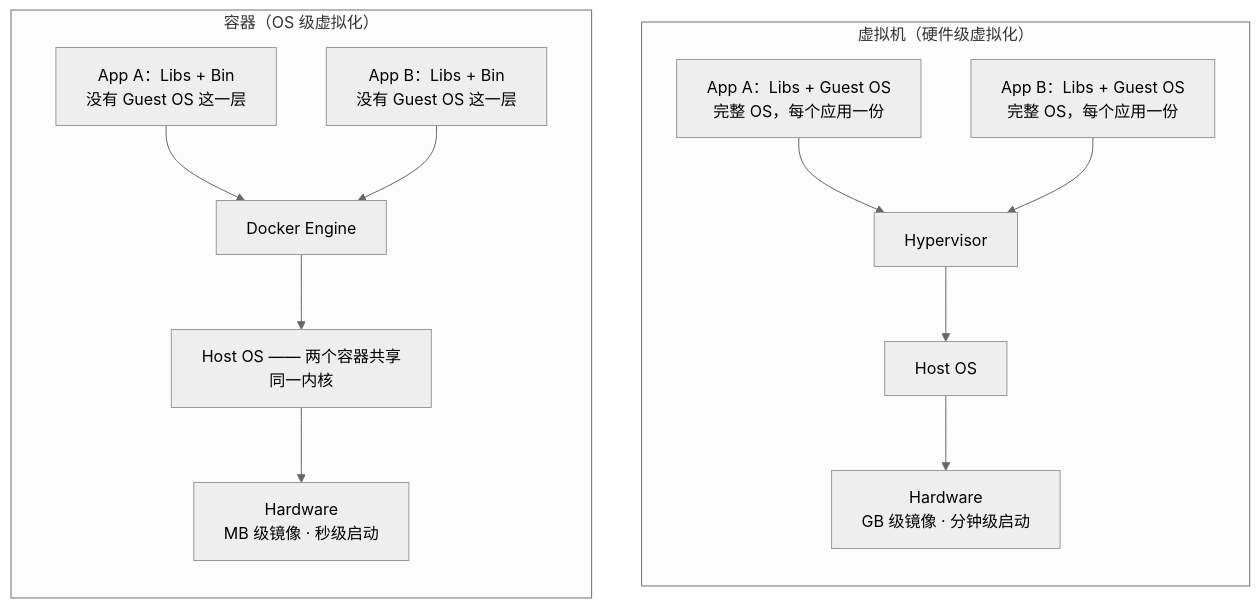
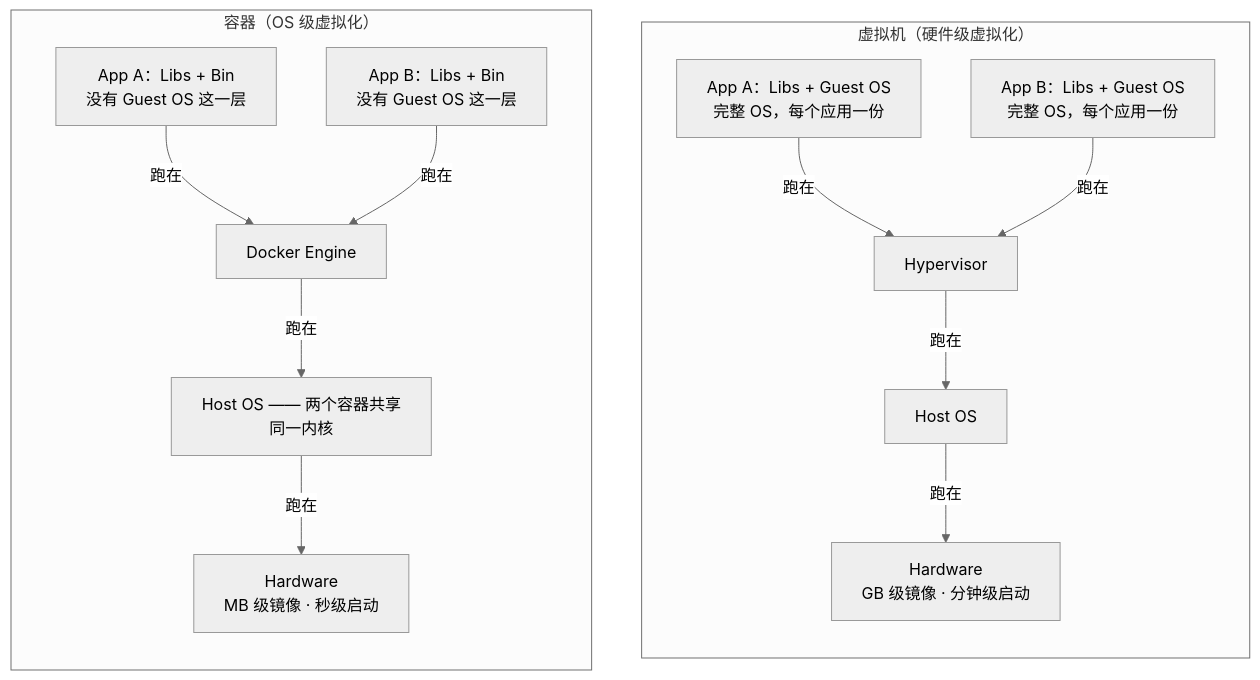
Before and after one commit to wangxiangnan/wangxiangnan.github.io: the second of 3 diagrams in src/linux-command/ch25.md, drawn with Mermaid (neutral theme). The commit also changed other lines of this file and 25 other files, not shown here.

````diff
--- a/src/linux-command/ch25.md
+++ b/src/linux-command/ch25.md
@@ -87,25 +87,25 @@
 ```mermaid
 flowchart TB
     subgraph VM["虚拟机（硬件级虚拟化）"]
         direction TB
         A1["App A：Libs + Guest OS<br>完整 OS，每个应用一份"]
         A2["App B：Libs + Guest OS<br>完整 OS，每个应用一份"]
         HV["Hypervisor"]
         HO["Host OS"]
         HW["Hardware<br>GB 级镜像 · 分钟级启动"]
-        A1 --> HV
-        A2 --> HV
-        HV --> HO --> HW
+        A1 -->|跑在| HV
+        A2 -->|跑在| HV
+        HV -->|跑在| HO -->|跑在| HW
     end
     subgraph CT["容器（OS 级虚拟化）"]
         direction TB
         B1["App A：Libs + Bin<br>没有 Guest OS 这一层"]
         B2["App B：Libs + Bin<br>没有 Guest OS 这一层"]
         DE["Docker Engine"]
         CO["Host OS —— 两个容器共享同一内核"]
         CW["Hardware<br>MB 级镜像 · 秒级启动"]
-        B1 --> DE
-        B2 --> DE
-        DE --> CO --> CW
+        B1 -->|跑在| DE
+        B2 -->|跑在| DE
+        DE -->|跑在| CO -->|跑在| CW
     end
 ```
````
